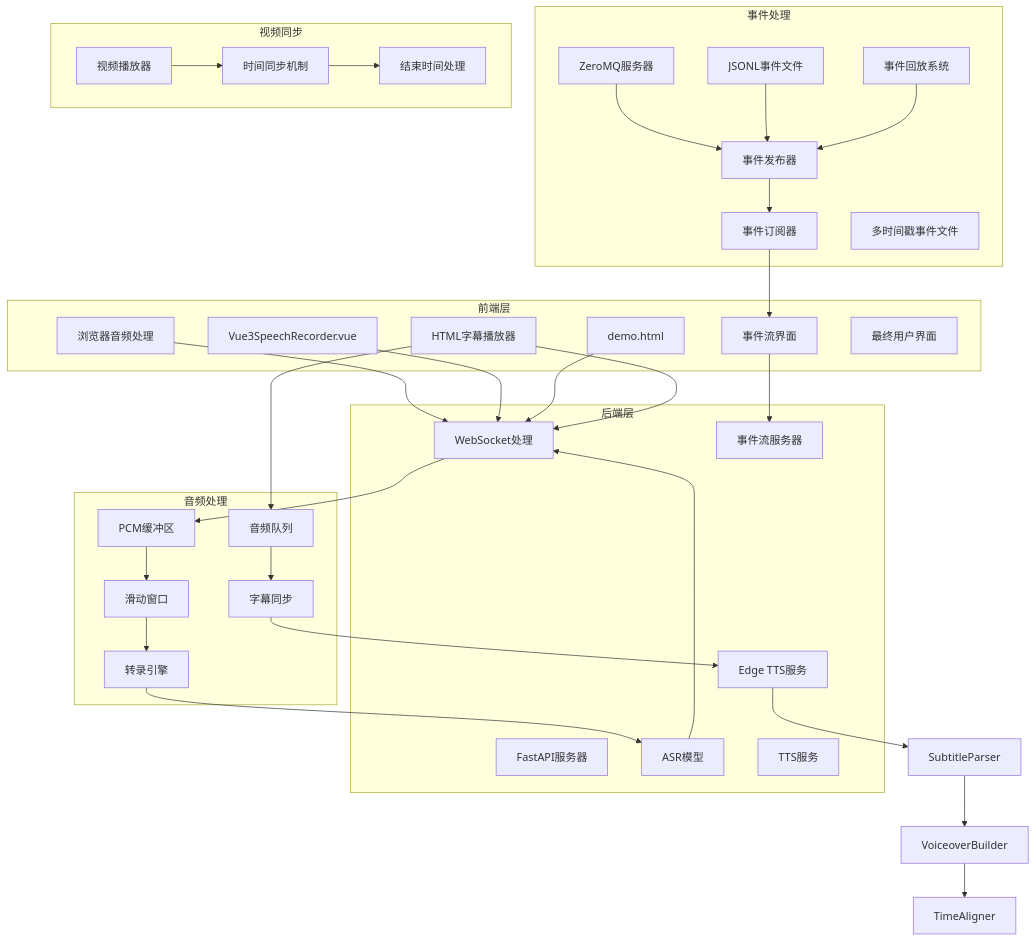
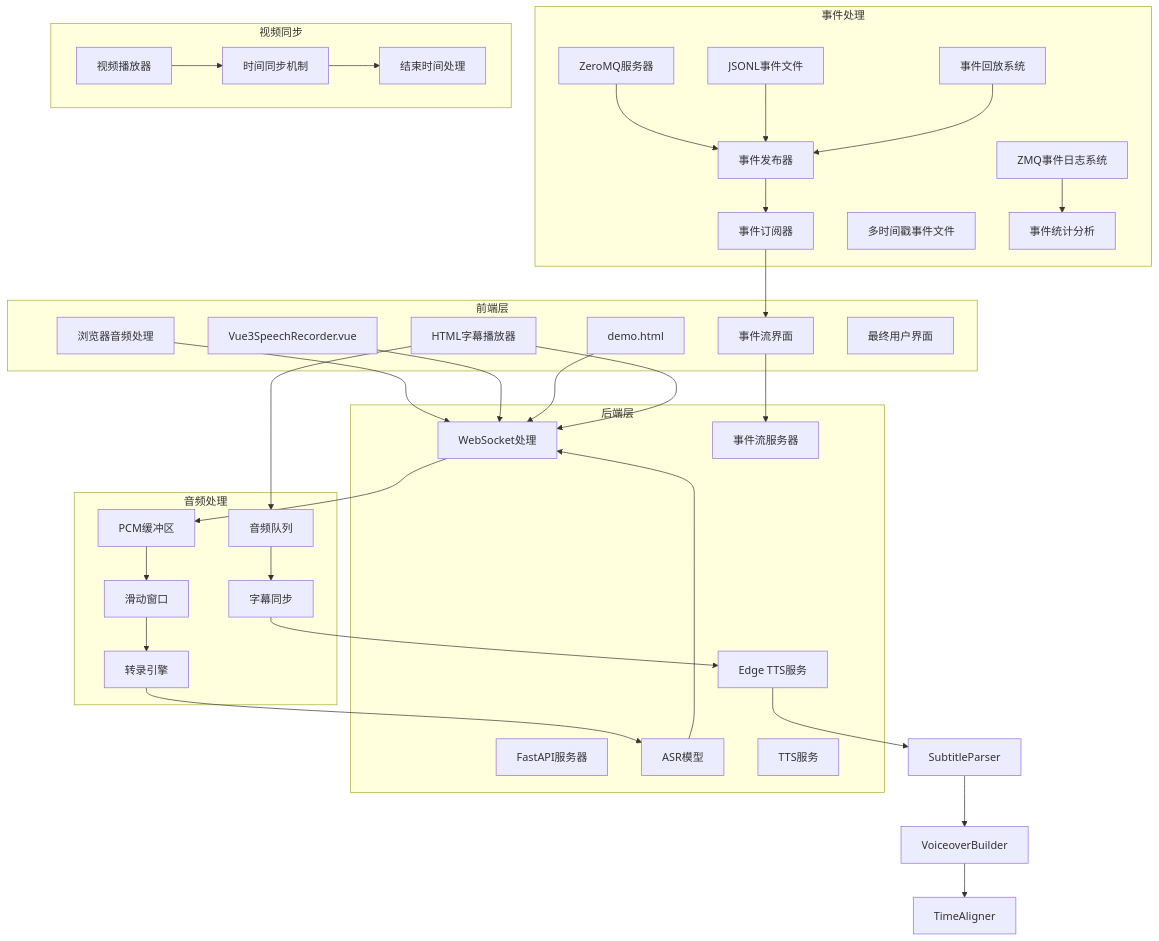
One commit to 1024dashen/Vue3Speech changed the first of 22 diagrams in .qoder/repowiki/zh/content/后端服务架构/WebSocket实时处理.md. Above: the diagram before and after it, drawn with Mermaid. The commit also changed other lines of this file and 13 other files, not shown here.

````diff
--- a/.qoder/repowiki/zh/content/后端服务架构/WebSocket实时处理.md
+++ b/.qoder/repowiki/zh/content/后端服务架构/WebSocket实时处理.md
@@ -75,62 +79,65 @@
 ```mermaid
 graph TB
 subgraph "前端层"
 Vue[Vue3SpeechRecorder.vue]
 Demo[demo.html]
 SubtitlePlayer[HTML字幕播放器]
 Browser[浏览器音频处理]
 EventUI[事件流界面]
 EndUser[最终用户界面]
 end
 subgraph "后端层"
 FastAPI[FastAPI服务器]
 WebSocket[WebSocket处理]
 ASR[ASR模型]
 TTS[TTS服务]
 EventServer[事件流服务器]
 EdgeTTS[Edge TTS服务]
 end
 subgraph "音频处理"
 Buffer[PCM缓冲区]
 Window[滑动窗口]
 Transcribe[转录引擎]
 AudioQueue[音频队列]
 SubtitleSync[字幕同步]
 end
 subgraph "事件处理"
 ZMQServer[ZeroMQ服务器]
 EventPublisher[事件发布器]
 EventSubscriber[事件订阅器]
 EventFile[JSONL事件文件]
 EventReplay[事件回放系统]
 MultiTimestampFiles[多时间戳事件文件]
+EventLogging[ZMQ事件日志系统]
+StatisticsAnalysis[事件统计分析]
 end
 subgraph "视频同步"
 VideoPlayer[视频播放器]
 TimeSync[时间同步机制]
 EndTime[结束时间处理]
 end
 Browser --> WebSocket
 Vue --> WebSocket
 Demo --> WebSocket
 SubtitlePlayer --> WebSocket
 EventUI --> EventServer
 WebSocket --> Buffer
 Buffer --> Window
 Window --> Transcribe
 Transcribe --> ASR
 ASR --> WebSocket
 ZMQServer --> EventPublisher
 EventPublisher --> EventSubscriber
 EventFile --> EventPublisher
 EventReplay --> EventPublisher
 EventSubscriber --> EventUI
 SubtitlePlayer --> AudioQueue
 AudioQueue --> SubtitleSync
 SubtitleSync --> EdgeTTS
 EdgeTTS --> SubtitleParser
 SubtitleParser --> VoiceoverBuilder
 VoiceoverBuilder --> TimeAligner
 VideoPlayer --> TimeSync
 TimeSync --> EndTime
+EventLogging --> StatisticsAnalysis
 ```
````
